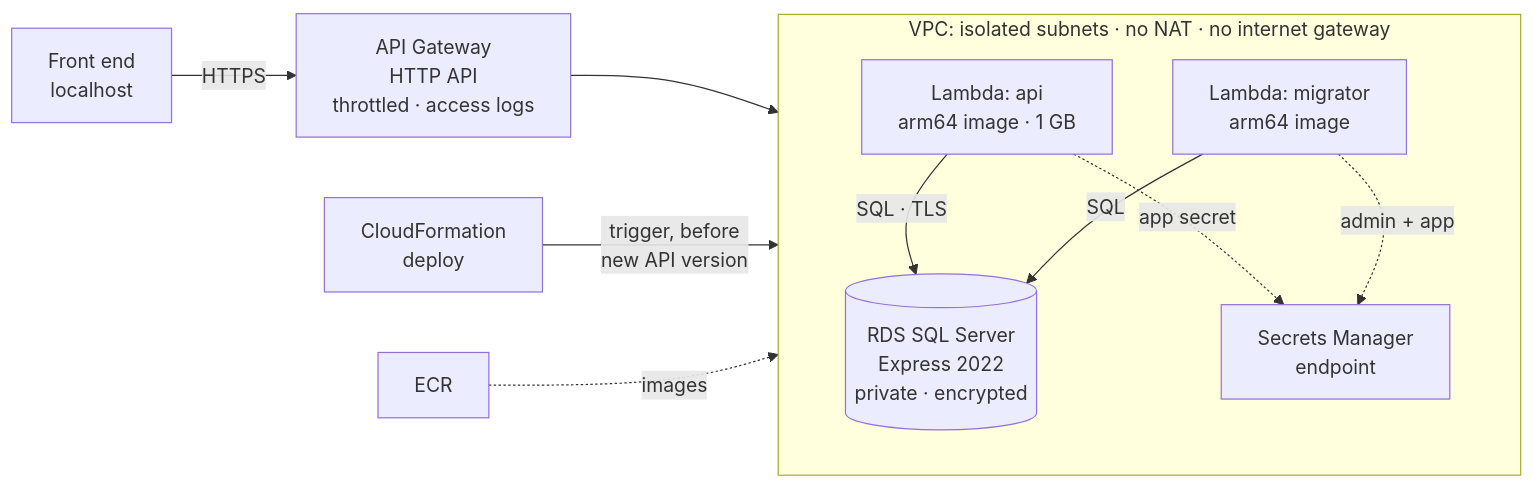
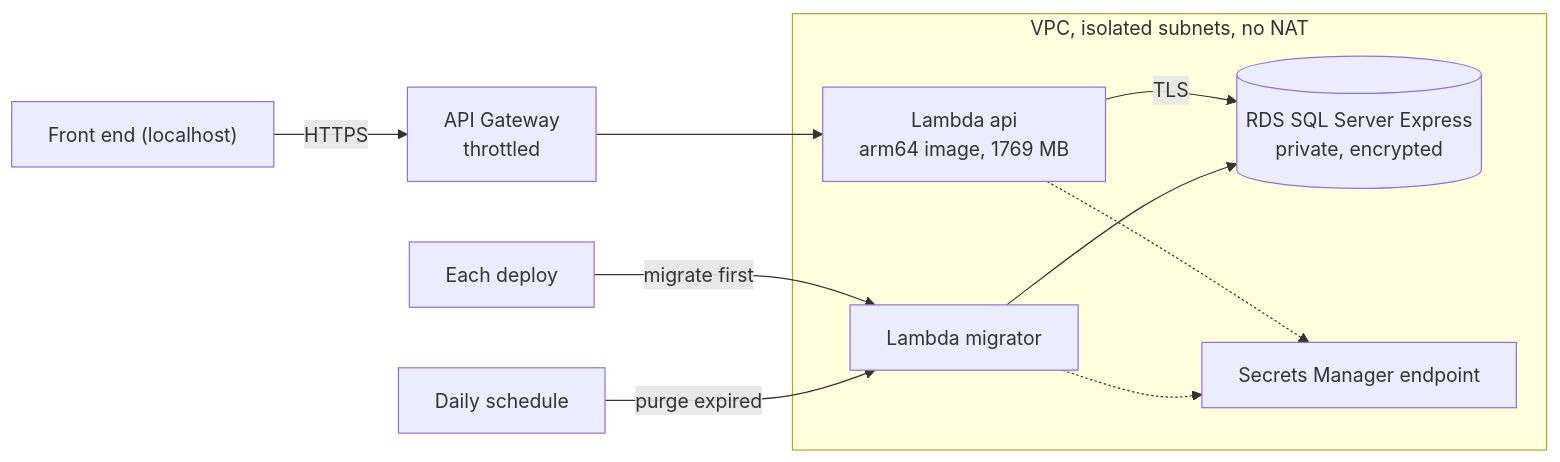
The second of 2 diagrams in NOTES.md (peterkovalsky/home-loan-prequal), drawn with Mermaid before and after one commit. The commit also changed other lines of this file and 1 other file, not shown here.

````diff
--- a/NOTES.md
+++ b/NOTES.md
@@ -349,18 +132,17 @@
 ```mermaid
 flowchart LR
-    Dev["Front end<br/>localhost"] -- HTTPS --> APIGW["API Gateway<br/>HTTP API<br/>throttled · access logs"]
-    subgraph VPC["VPC: isolated subnets · no NAT · no internet gateway"]
-        direction TB
-        API["Lambda: api<br/>arm64 image · 1 GB"]
-        MIG["Lambda: migrator<br/>arm64 image"]
-        RDS[("RDS SQL Server<br/>Express 2022<br/>private · encrypted")]
-        EP["Secrets Manager<br/>endpoint"]
-        API -- "SQL · TLS" --> RDS
-        MIG -- "SQL" --> RDS
-        API -. "app secret" .-> EP
-        MIG -. "admin + app" .-> EP
+    FE["Front end (localhost)"] -- HTTPS --> GW["API Gateway<br/>throttled"]
+    subgraph VPC["VPC, isolated subnets, no NAT"]
+        API["Lambda api<br/>arm64 image, 1769 MB"]
+        MIG["Lambda migrator"]
+        RDS[("RDS SQL Server Express<br/>private, encrypted")]
+        SM["Secrets Manager endpoint"]
+        API -- TLS --> RDS
+        MIG --> RDS
+        API -.-> SM
+        MIG -.-> SM
     end
-    APIGW --> API
-    CFN["CloudFormation<br/>deploy"] -- "trigger, before<br/>new API version" --> MIG
-    ECR["ECR"] -. "images" .-> API
+    GW --> API
+    CFN["Each deploy"] -- "migrate first" --> MIG
+    EB["Daily schedule"] -- "purge expired" --> MIG
 ```
````
